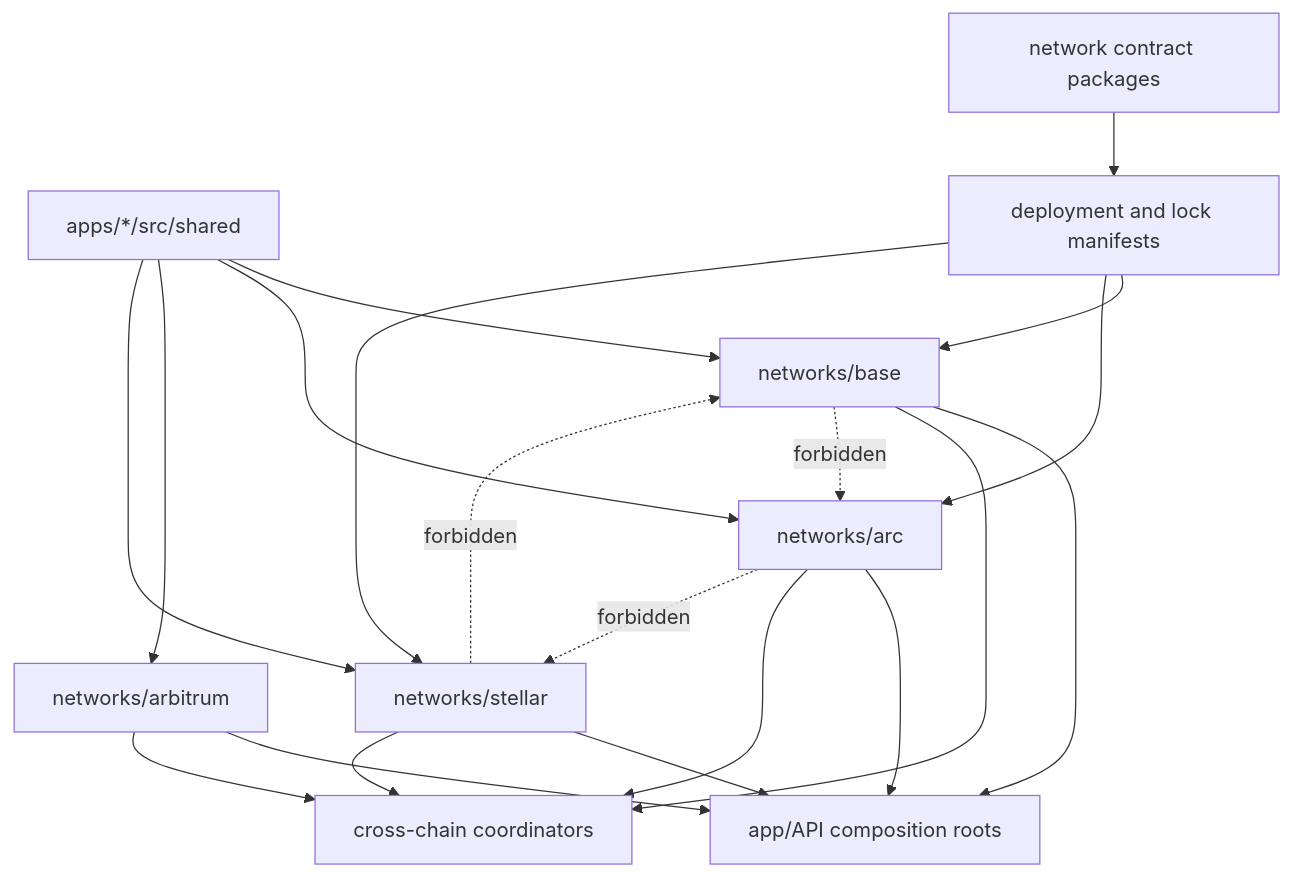
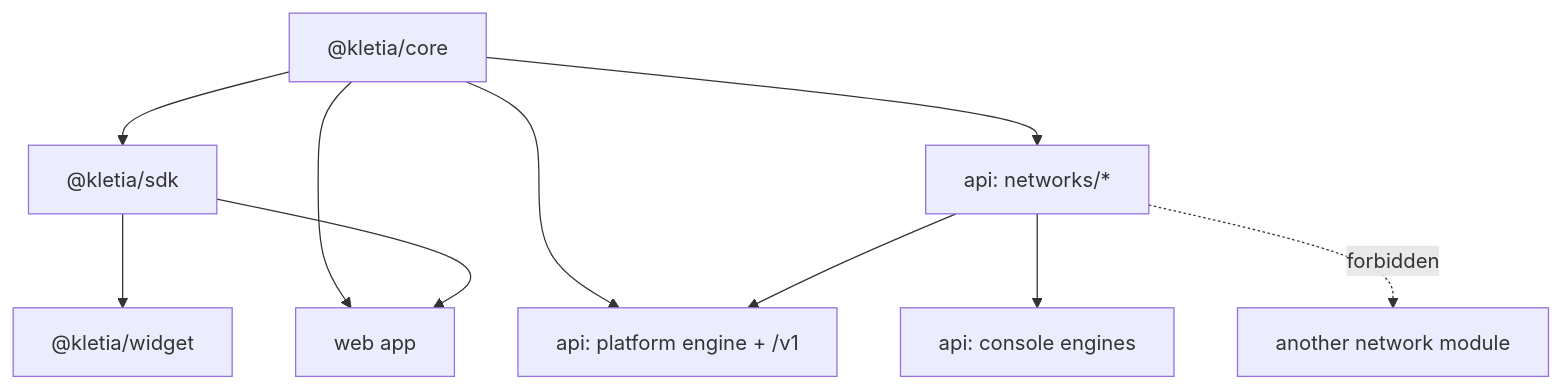
The diagram in docs/architecture/repository-structure.md (furkan3152/Kletia), drawn with Mermaid before and after one commit. The commit also changed other lines of this file and 62 other files, not shown here.

First line of the commit message:
wip: platform HTTP layer, embed headers, workspace deployment config and docs

````diff
--- a/docs/architecture/repository-structure.md
+++ b/docs/architecture/repository-structure.md
@@ -39,15 +56,12 @@
 ```mermaid
 flowchart TD
-    Shared[apps/*/src/shared] --> Base[networks/base]
-    Shared --> Arc[networks/arc]
-    Shared --> Arb[networks/arbitrum]
-    Shared --> Stellar[networks/stellar]
-    Base & Arc & Arb & Stellar --> Composition[app/API composition roots]
-    Base & Arc & Arb & Stellar --> Workflow[cross-chain coordinators]
-    Contracts[network contract packages] --> Manifest[deployment and lock manifests]
-    Manifest --> Base & Arc & Stellar
-
-    Base -. forbidden .-> Arc
-    Arc -. forbidden .-> Stellar
-    Stellar -. forbidden .-> Base
+    Core["@kletia/core"] --> SDK["@kletia/sdk"]
+    SDK --> Widget["@kletia/widget"]
+    Core --> Platform[api: platform engine + /v1]
+    Core --> Networks[api: networks/*]
+    Networks --> Platform
+    Networks --> Console[api: console engines]
+    Core --> Web[web app]
+    SDK --> Web
+    Networks -. forbidden .-> Networks2[another network module]
 ```
````
